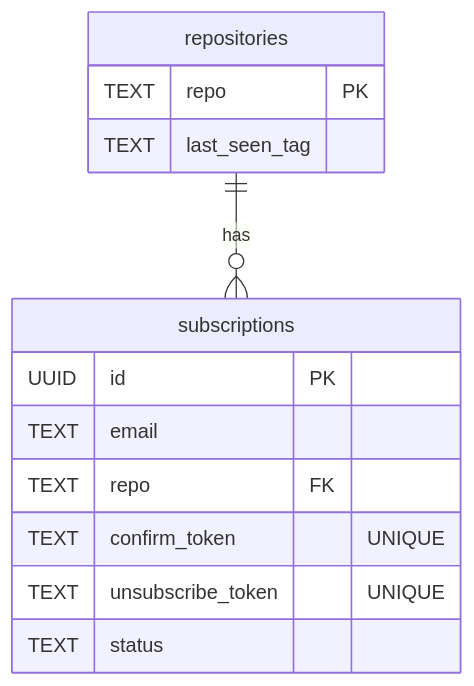
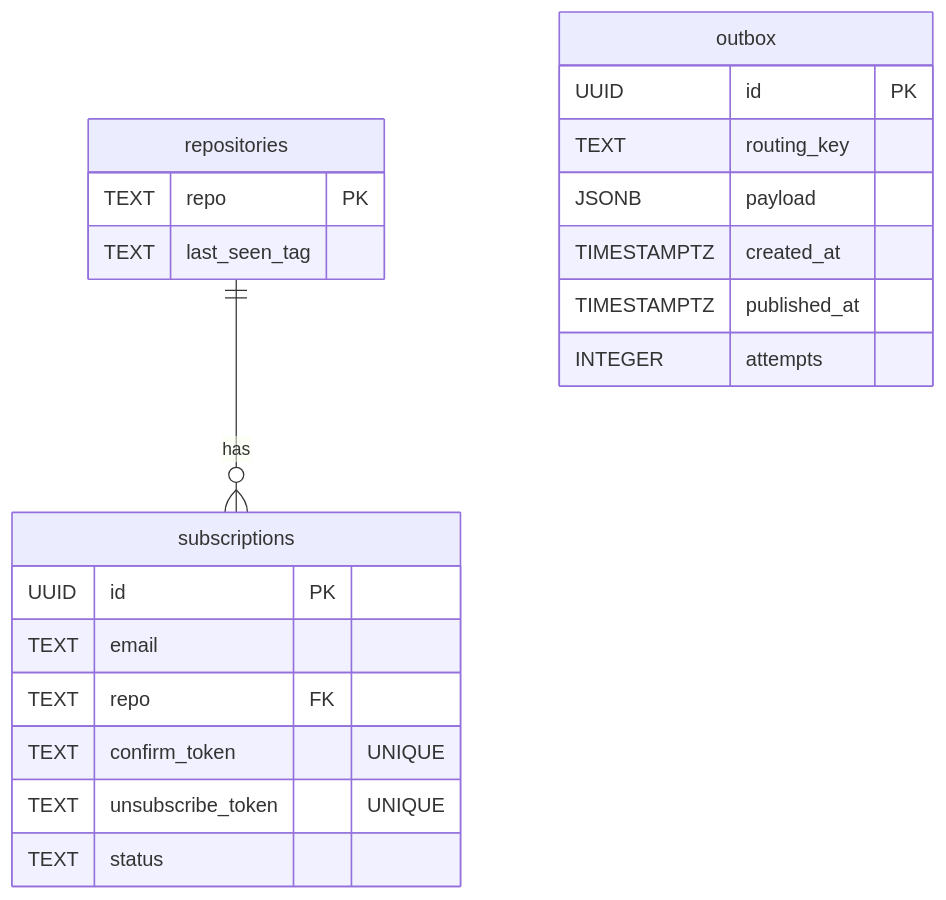
Before and after one commit to GenesisEducationKyiv/software-engineering-school-6-0-Hradivnyk: the fifth of 6 diagrams in docs/system-design.md, drawn with Mermaid. The commit also changed other lines of this file, not shown here.

Commit message:
docs: update system design documentation to reflect new architecture

````diff
--- a/docs/system-design.md
+++ b/docs/system-design.md
@@ -311,16 +419,24 @@
 ```mermaid
 erDiagram
     repositories {
         TEXT repo PK
         TEXT last_seen_tag
     }
     subscriptions {
         UUID id PK
         TEXT email
         TEXT repo FK
         TEXT confirm_token "UNIQUE"
         TEXT unsubscribe_token "UNIQUE"
         TEXT status
     }
+    outbox {
+        UUID id PK
+        TEXT routing_key
+        JSONB payload
+        TIMESTAMPTZ created_at
+        TIMESTAMPTZ published_at
+        INTEGER attempts
+    }
     repositories ||--o{ subscriptions : "has"
 ```
````
